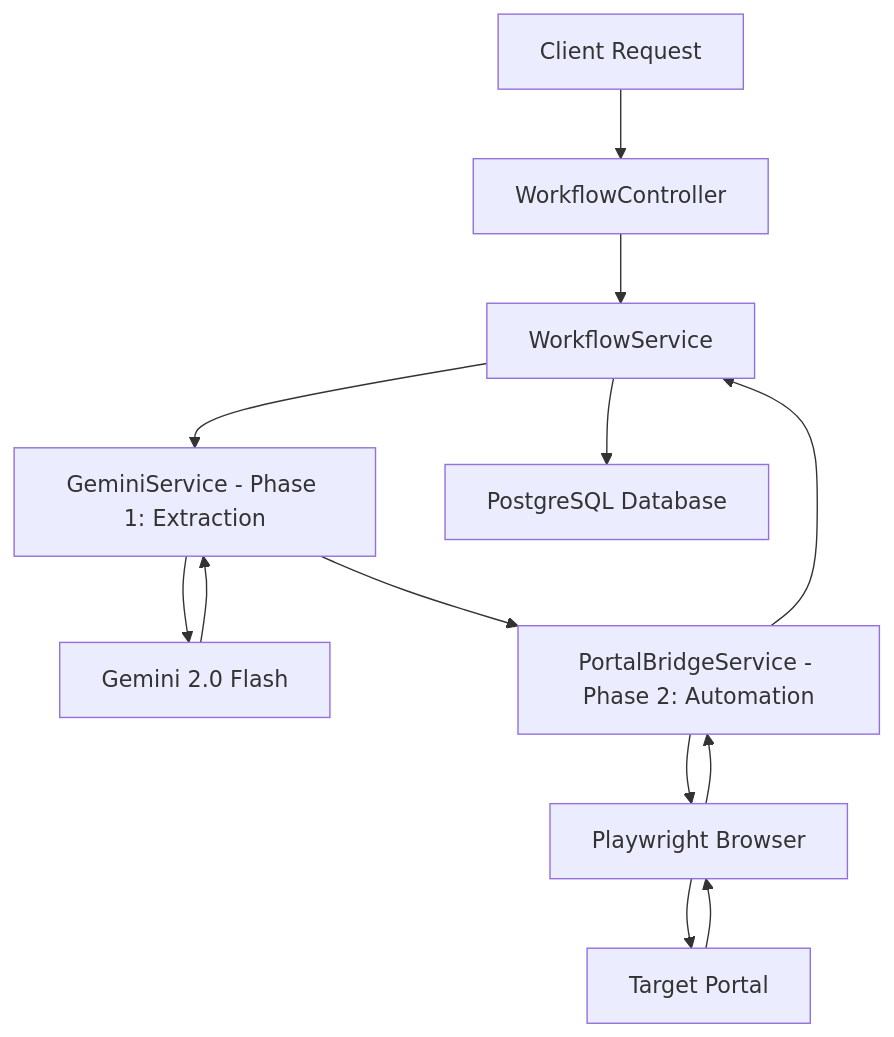
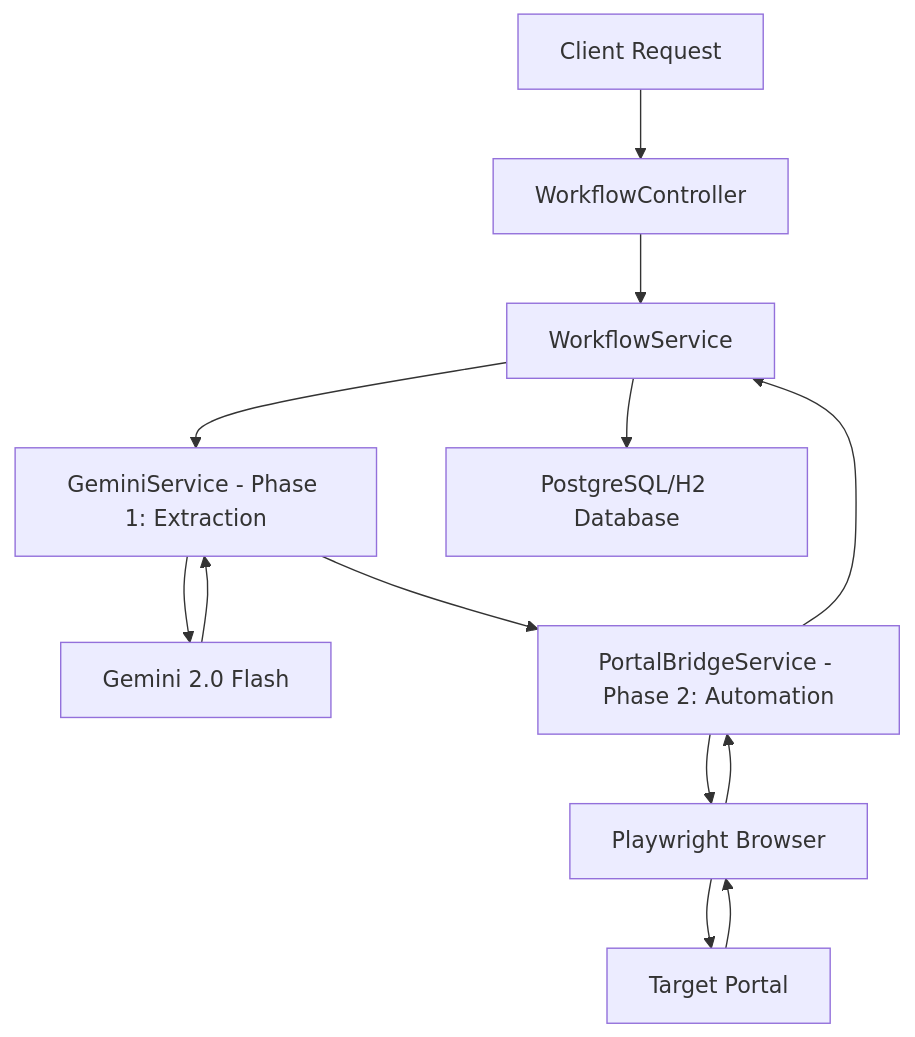
One commit to jauharxlr/AiLytics changed the diagram in README.md. Above: the diagram before and after it, drawn with Mermaid. The commit also changed other lines of this file and 43 other files, not shown here.

````diff
--- a/README.md
+++ b/README.md
@@ -19,15 +19,15 @@
 ```mermaid
 graph TD
     A[Client Request] --> B[WorkflowController]
     B --> C[WorkflowService]
     C --> D[GeminiService - Phase 1: Extraction]
     D --> E[Gemini 2.0 Flash]
     E --> D
     D --> F[PortalBridgeService - Phase 2: Automation]
     F --> G[Playwright Browser]
     G --> H[Target Portal]
     H --> G
     G --> F
     F --> C
-    C --> I[PostgreSQL Database]
+    C --> I[PostgreSQL/H2 Database]
 ```
````
